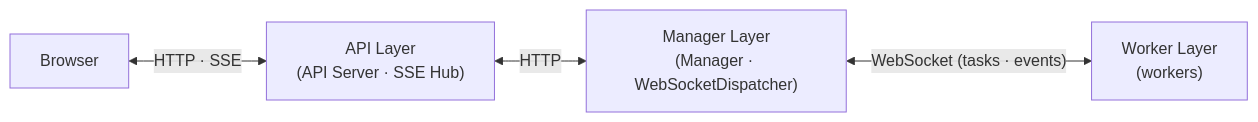
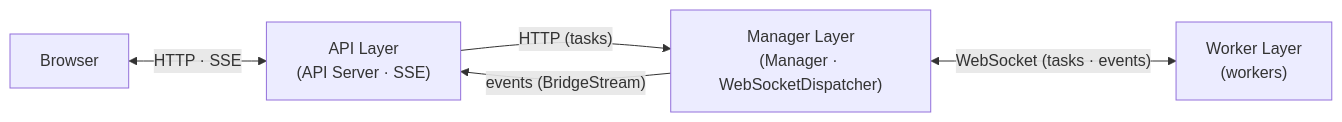
Before and after one commit to deyarchit/work-distribution-patterns: the fourth of 9 diagrams in README.md, drawn with Mermaid. The commit also changed other lines of this file and 20 other files, not shown here.

First line of the commit message:
Refactor SSE layer to stream updates scoped by user ID

````diff
--- a/README.md
+++ b/README.md
@@ -95,11 +97,12 @@
 ```mermaid
 graph LR
     Browser["Browser"]
-    API["API Layer<br/>(API Server · SSE Hub)"]
+    API["API Layer<br/>(API Server · SSE)"]
     Manager["Manager Layer<br/>(Manager · WebSocketDispatcher)"]
     Workers["Worker Layer<br/>(workers)"]
 
     Browser <-->|"HTTP · SSE"| API
-    API <-->|"HTTP"| Manager
+    API -->|"HTTP (tasks)"| Manager
+    Manager -->|"events (BridgeStream)"| API
     Manager <-->|"WebSocket (tasks · events)"| Workers
 ```
````
